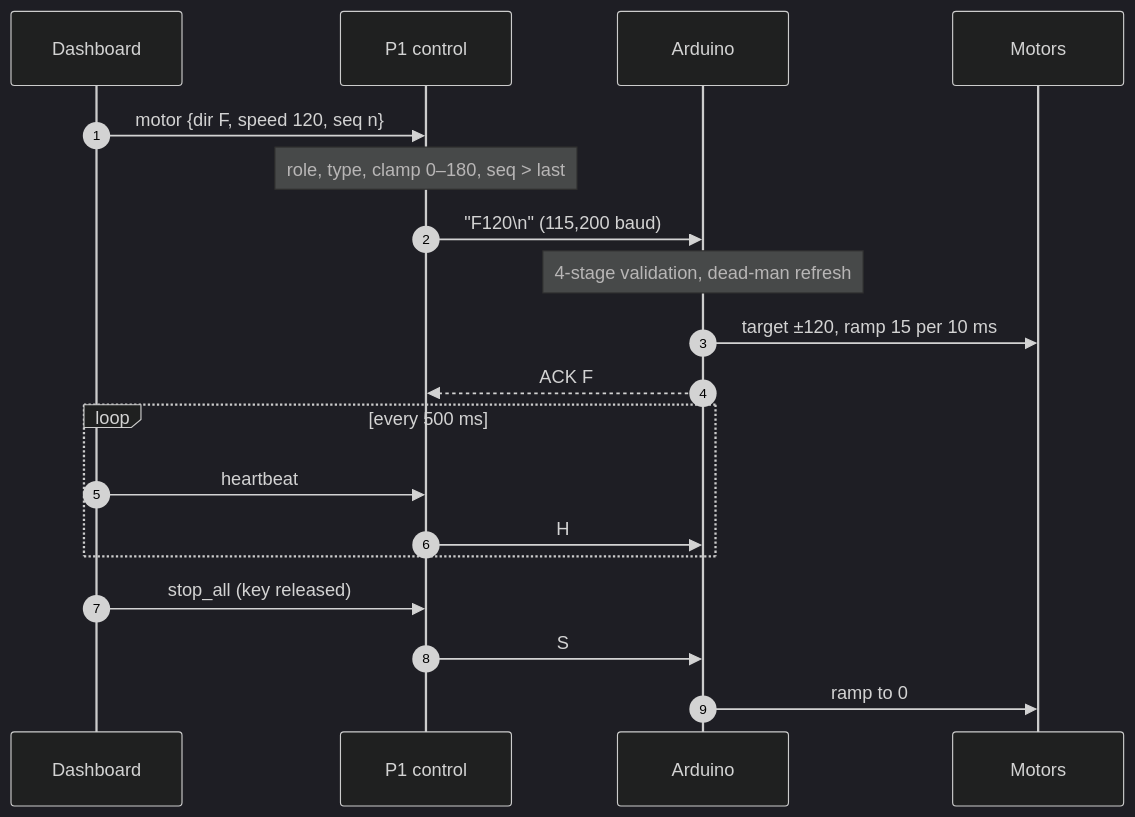
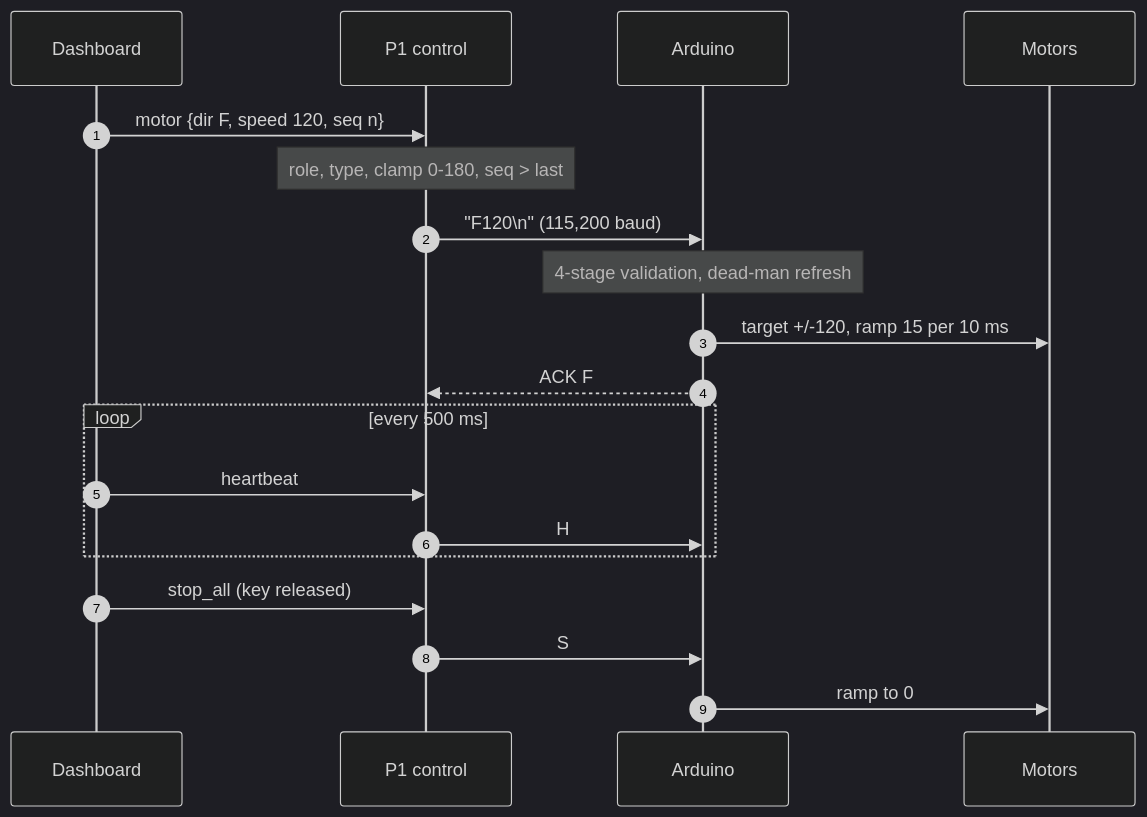
The second of 27 diagrams in research paper/section4_methodology.md (baiust999/robort-code-from-pi), drawn with Mermaid (dark theme) before and after one commit. The commit also changed other lines of this file and 4 other files, not shown here.

````diff
--- a/research paper/section4_methodology.md
+++ b/research paper/section4_methodology.md
@@ -63,21 +63,21 @@
 ```mermaid
 sequenceDiagram
   autonumber
   participant D as Dashboard
   participant P as P1 control
   participant A as Arduino
   participant M as Motors
   D->>P: motor {dir F, speed 120, seq n}
-  Note over P: role, type, clamp 0–180, seq > last
+  Note over P: role, type, clamp 0-180, seq > last
   P->>A: "F120\n" (115,200 baud)
   Note over A: 4-stage validation, dead-man refresh
-  A->>M: target ±120, ramp 15 per 10 ms
+  A->>M: target +/-120, ramp 15 per 10 ms
   A-->>P: ACK F
   loop every 500 ms
     D->>P: heartbeat
     P->>A: H
   end
   D->>P: stop_all (key released)
   P->>A: S
   A->>M: ramp to 0
 ```
````
